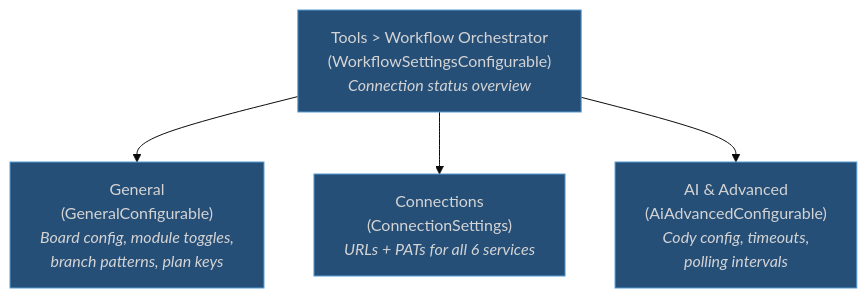
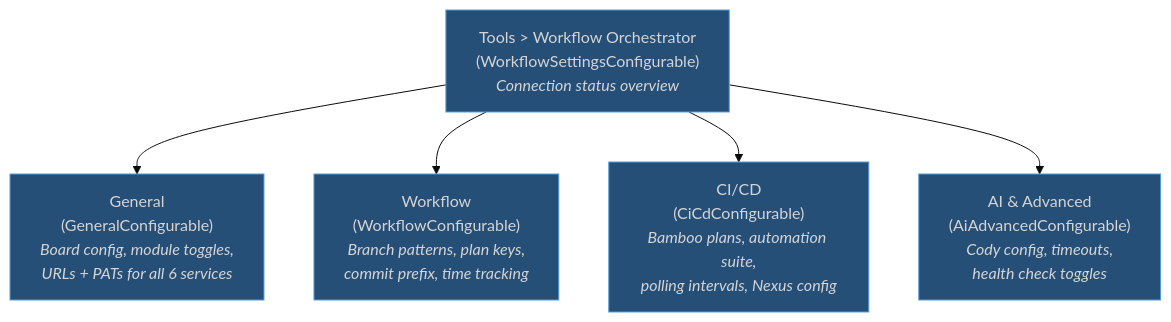
One commit to thenerdygeek/intellij-workflow-orchestrator changed the eighth of 9 diagrams in docs/architecture/ui-structure.md. Above: the diagram before and after it, drawn with Mermaid (base theme). The commit also changed other lines of this file and 8 other files, not shown here.

First line of the commit message:
docs: fix 12 gaps in architecture documentation

````diff
--- a/docs/architecture/ui-structure.md
+++ b/docs/architecture/ui-structure.md
@@ -129,13 +129,15 @@
 ```mermaid
 graph TD
     ROOT["Tools > Workflow Orchestrator<br/>(WorkflowSettingsConfigurable)<br/><i>Connection status overview</i>"]
 
-    ROOT --> GEN["General<br/>(GeneralConfigurable)<br/><i>Board config, module toggles,<br/>branch patterns, plan keys</i>"]
-    ROOT --> CONN["Connections<br/>(ConnectionSettings)<br/><i>URLs + PATs for all 6 services</i>"]
-    ROOT --> AI["AI & Advanced<br/>(AiAdvancedConfigurable)<br/><i>Cody config, timeouts,<br/>polling intervals</i>"]
+    ROOT --> GEN["General<br/>(GeneralConfigurable)<br/><i>Board config, module toggles,<br/>URLs + PATs for all 6 services</i>"]
+    ROOT --> WF["Workflow<br/>(WorkflowConfigurable)<br/><i>Branch patterns, plan keys,<br/>commit prefix, time tracking</i>"]
+    ROOT --> CICD["CI/CD<br/>(CiCdConfigurable)<br/><i>Bamboo plans, automation suite,<br/>polling intervals, Nexus config</i>"]
+    ROOT --> AI["AI & Advanced<br/>(AiAdvancedConfigurable)<br/><i>Cody config, timeouts,<br/>health check toggles</i>"]
 
     style ROOT fill:#264f78,stroke:#569cd6,color:#d4d4d4
     style GEN fill:#264f78,stroke:#569cd6,color:#d4d4d4
-    style CONN fill:#264f78,stroke:#569cd6,color:#d4d4d4
+    style WF fill:#264f78,stroke:#569cd6,color:#d4d4d4
+    style CICD fill:#264f78,stroke:#569cd6,color:#d4d4d4
     style AI fill:#264f78,stroke:#569cd6,color:#d4d4d4
 ```
````
